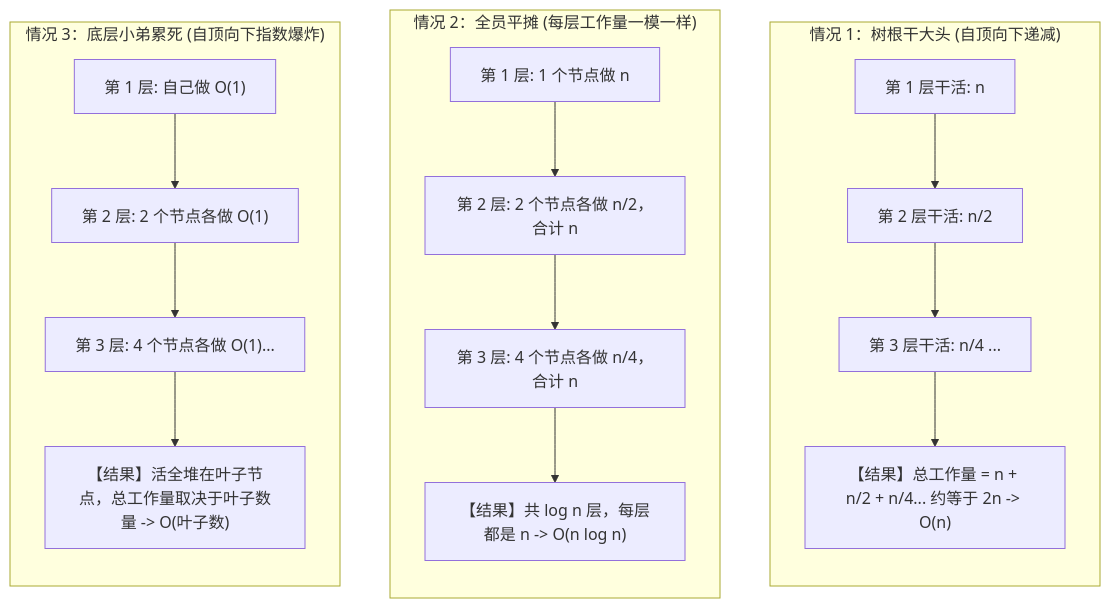
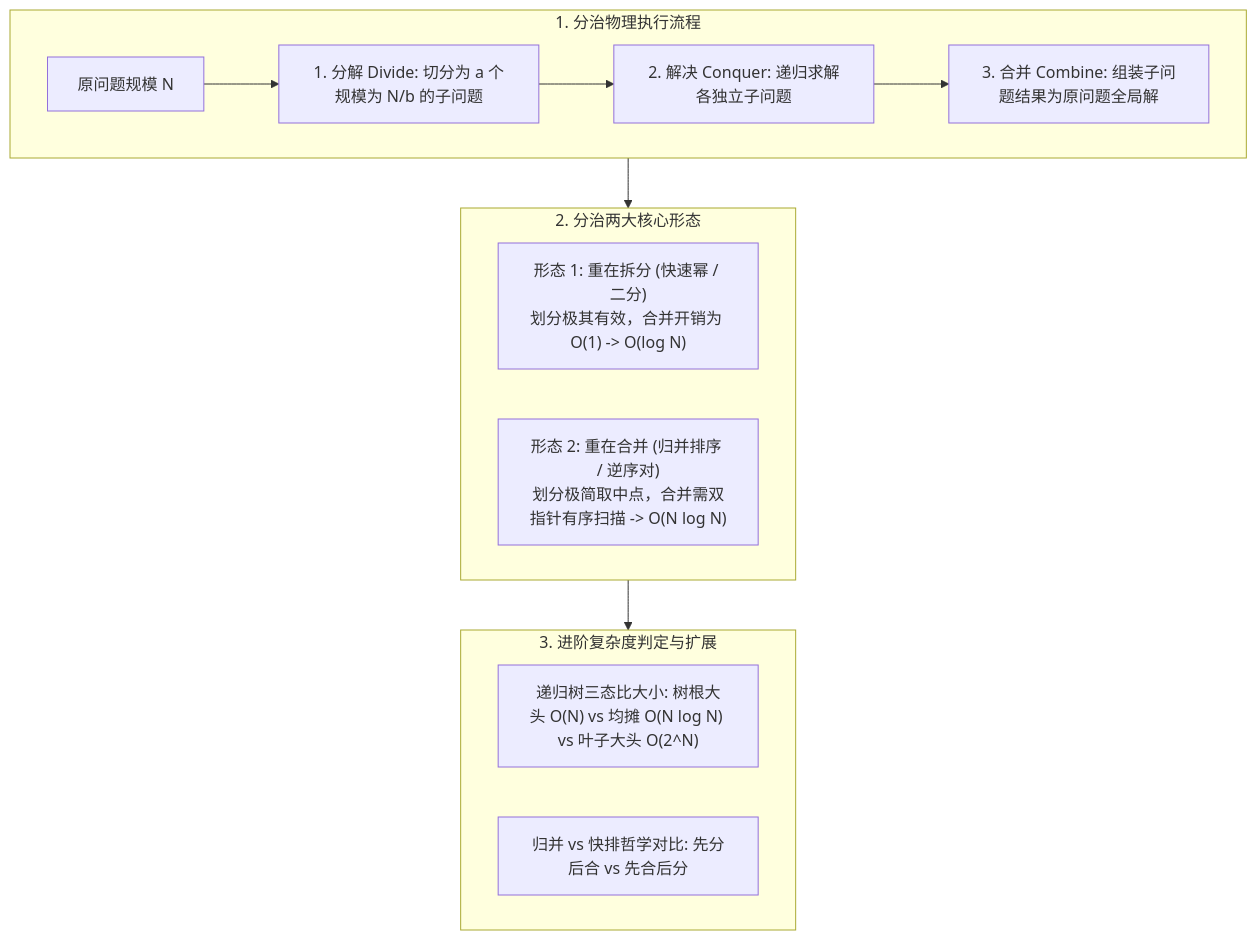
One commit to GuoWWWX/knowledge-base changed the diagram in 30-算法与数据结构/02-算法思想/05-递归与分治.md. Above: the diagram before and after it, drawn with Mermaid. The commit also changed other lines of this file and 2 other files, not shown here.

````diff
--- a/30-算法与数据结构/02-算法思想/05-递归与分治.md
+++ b/30-算法与数据结构/02-算法思想/05-递归与分治.md
@@ -64,23 +23,23 @@
 ```mermaid
 flowchart TD
-    subgraph S1["情况 1：树根干大头 (自顶向下递减)"]
-        direction TB
-        R1["第 1 层干活: n"] --> R2["第 2 层干活: n/2"]
-        R2 --> R3["第 3 层干活: n/4 ..."]
-        R3 --> R4["【结果】总工作量 = n + n/2 + n/4... 约等于 2n -> O(n)"]
+    subgraph CoreFlow["1. 分治物理执行流程"]
+        A["原问题规模 N"] --> B["1. 分解 Divide: 切分为 a 个规模为 N/b 的子问题"]
+        B --> C["2. 解决 Conquer: 递归求解各独立子问题"]
+        C --> D["3. 合并 Combine: 组装子问题结果为原问题全局解"]
     end
 
-    subgraph S2["情况 2：全员平摊 (每层工作量一模一样)"]
-        direction TB
-        M1["第 1 层: 1 个节点做 n"] --> M2["第 2 层: 2 个节点各做 n/2，合计 n"]
-        M2 --> M3["第 3 层: 4 个节点各做 n/4，合计 n"]
-        M3 --> M4["【结果】共 log n 层，每层都是 n -> O(n log n)"]
+    subgraph TwoStyles["2. 分治两大核心形态"]
+        T1["形态 1: 重在拆分 (快速幂 / 二分)
+划分极其有效，合并开销为 O(1) -> O(log N)"]
+        T2["形态 2: 重在合并 (归并排序 / 逆序对)
+划分极简取中点，合并需双指针有序扫描 -> O(N log N)"]
     end
 
-    subgraph S3["情况 3：底层小弟累死 (自顶向下指数爆炸)"]
-        direction TB
-        B1["第 1 层: 自己做 O(1)"] --> B2["第 2 层: 2 个节点各做 O(1)"]
-        B2 --> B3["第 3 层: 4 个节点各做 O(1)..."]
-        B3 --> B4["【结果】活全堆在叶子节点，总工作量取决于叶子数量 -> O(叶子数)"]
+    subgraph Advanced["3. 进阶复杂度判定与扩展"]
+        P1["递归树三态比大小: 树根大头 O(N) vs 均摊 O(N log N) vs 叶子大头 O(2^N)"]
+        P2["归并 vs 快排哲学对比: 先分后合 vs 先合后分"]
     end
+
+    CoreFlow --> TwoStyles
+    TwoStyles --> Advanced
 ```
````
